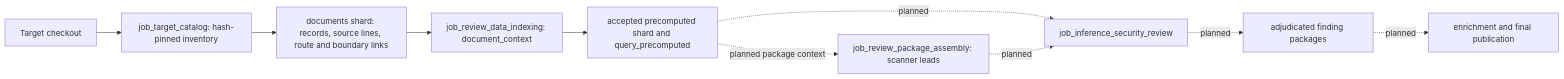
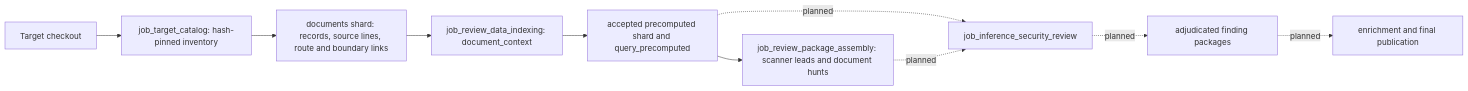
One commit to wsollers/appsec-review changed the diagram in docs/architecture/document-evidence-analysis.md. Above: the diagram before and after it, drawn with Mermaid. The commit also changed other lines of this file and 9 other files, not shown here.

Commit message:
Assemble bounded document hunts from accepted context

````diff
--- a/docs/architecture/document-evidence-analysis.md
+++ b/docs/architecture/document-evidence-analysis.md
@@ -14,12 +14,12 @@
 ```mermaid
 flowchart LR
   T[Target checkout] --> C[job_target_catalog: hash-pinned inventory]
   C --> D[documents shard: records, source lines, route and boundary links]
   D --> A[job_review_data_indexing: document_context]
   A --> I[accepted precomputed shard and query_precomputed]
-  I -. planned package context .-> P[job_review_package_assembly: scanner leads]
+  I --> P[job_review_package_assembly: scanner leads and document hunts]
   I -. planned .-> R[job_inference_security_review]
   P -. planned .-> R
   R -. planned .-> J[adjudicated finding packages]
   J -. planned .-> E[enrichment and final publication]
 ```
````
